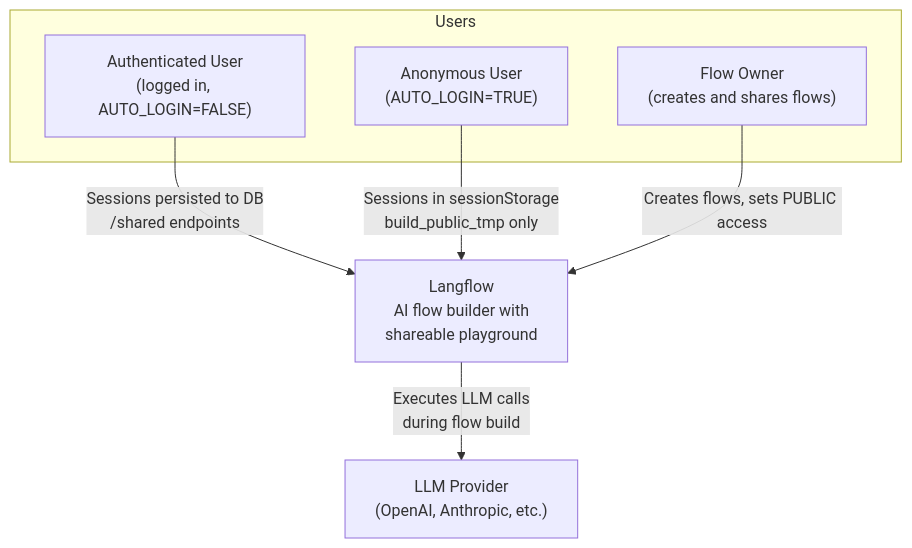
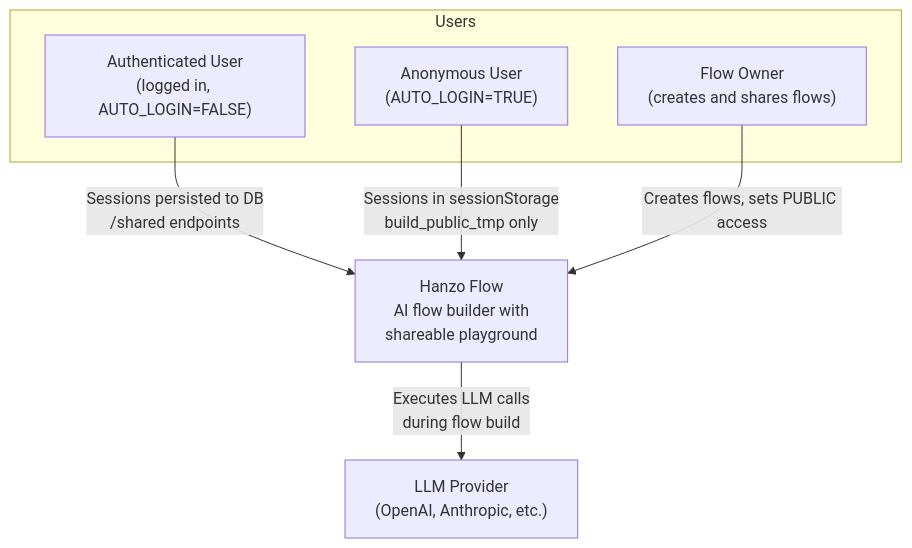
One commit to hanzoai/flow changed the first of 5 diagrams in src/frontend/src/components/authorization/playgroundAuthGate/docs/shareable-playground-session-persistence.md. Above: the diagram before and after it, drawn with Mermaid. The commit also changed 981 other files, not shown here.

First line of the commit message:
refactor(rebrand): langflow->flow across docs, starter-project data, CI, tests

````diff
--- a/src/frontend/src/components/authorization/playgroundAuthGate/docs/shareable-playground-session-persistence.md
+++ b/src/frontend/src/components/authorization/playgroundAuthGate/docs/shareable-playground-session-persistence.md
@@ -560,16 +560,16 @@
 ```mermaid
 graph TD
   subgraph Users
     AU["Authenticated User\n(logged in, AUTO_LOGIN=FALSE)"]
     AN["Anonymous User\n(AUTO_LOGIN=TRUE)"]
     OW["Flow Owner\n(creates and shares flows)"]
   end
 
-  LF["Langflow\nAI flow builder with\nshareable playground"]
+  LF["Hanzo Flow\nAI flow builder with\nshareable playground"]
   LLM["LLM Provider\n(OpenAI, Anthropic, etc.)"]
 
   AU -->|"Sessions persisted to DB\n/shared endpoints"| LF
   AN -->|"Sessions in sessionStorage\nbuild_public_tmp only"| LF
   OW -->|"Creates flows, sets PUBLIC access"| LF
   LF -->|"Executes LLM calls\nduring flow build"| LLM
 ```
````
